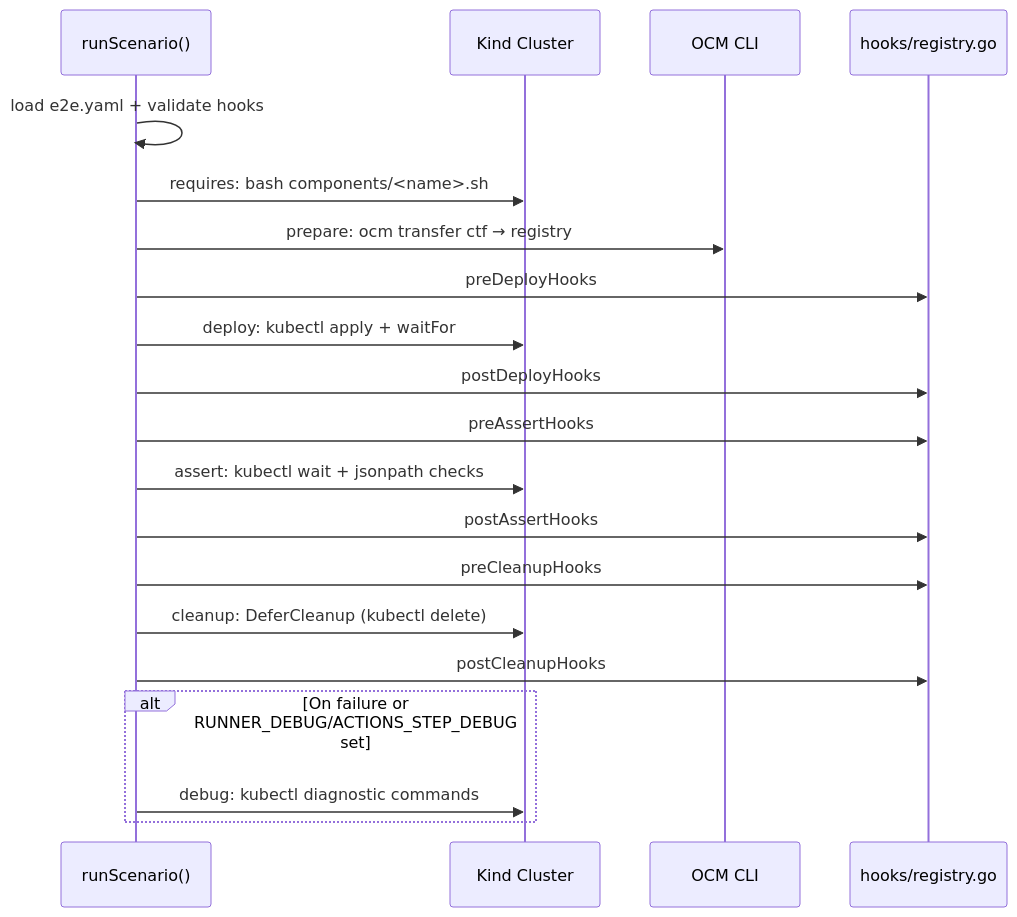
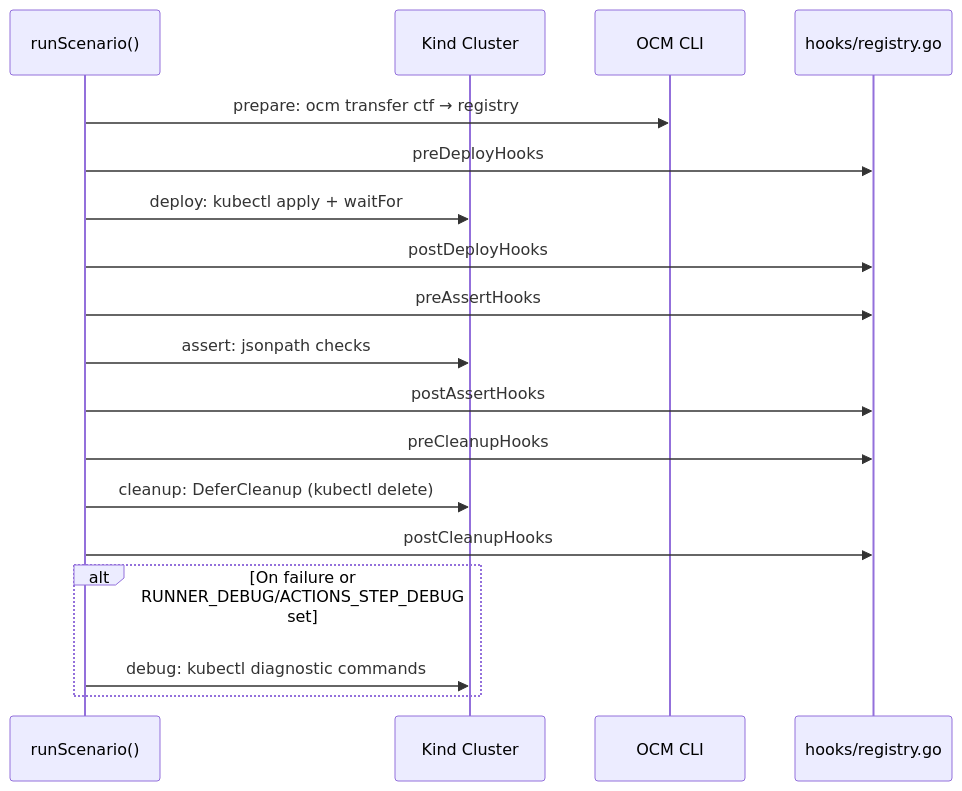
Before and after one commit to sk31337/open-component-model: the third of 4 diagrams in kubernetes/controller/test/e2e/DESIGN.md, drawn with Mermaid. The commit also changed other lines of this file and 3 other files, not shown here.

````diff
--- a/kubernetes/controller/test/e2e/DESIGN.md
+++ b/kubernetes/controller/test/e2e/DESIGN.md
@@ -370,23 +321,21 @@
 ```mermaid
 sequenceDiagram
     participant Runner as runScenario()
     participant Cluster as Kind Cluster
     participant OCM as OCM CLI
     participant Hooks as hooks/registry.go
 
-    Runner->>Runner: load e2e.yaml + validate hooks
-    Runner->>Cluster: requires: bash components/<name>.sh
     Runner->>OCM: prepare: ocm transfer ctf → registry
     Runner->>Hooks: preDeployHooks
     Runner->>Cluster: deploy: kubectl apply + waitFor
     Runner->>Hooks: postDeployHooks
     Runner->>Hooks: preAssertHooks
-    Runner->>Cluster: assert: kubectl wait + jsonpath checks
+    Runner->>Cluster: assert: jsonpath checks
     Runner->>Hooks: postAssertHooks
     Runner->>Hooks: preCleanupHooks
     Runner->>Cluster: cleanup: DeferCleanup (kubectl delete)
     Runner->>Hooks: postCleanupHooks
     alt On failure or RUNNER_DEBUG/ACTIONS_STEP_DEBUG set
         Runner->>Cluster: debug: kubectl diagnostic commands
     end
 ```
````
